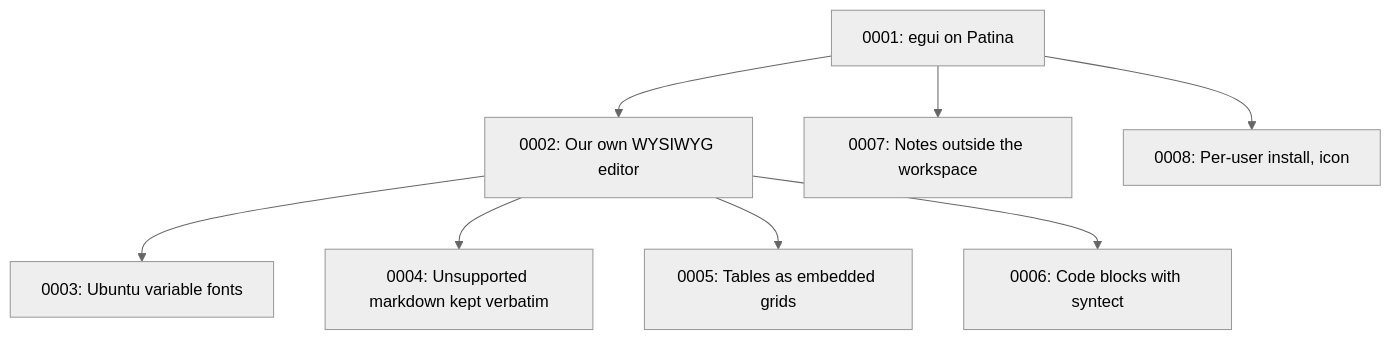
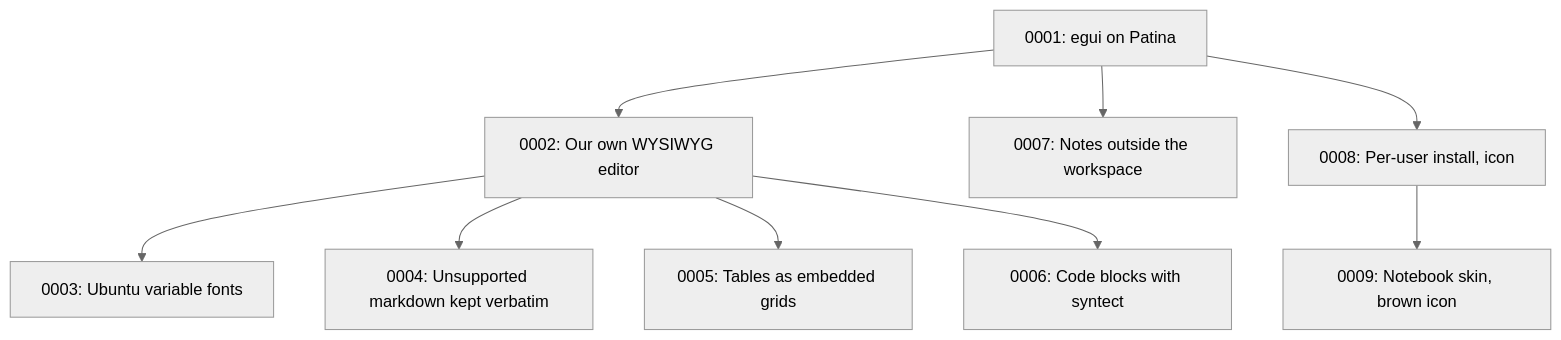
Before and after one commit to Sector-F-Labs/notebook: the diagram in docs/adr/README.md, drawn with Mermaid (neutral theme). The commit also changed other lines of this file and 11 other files, not shown here.

First line of the commit message:
Built-in Notebook skin: brown title bar on cream paper, and a brown icon

````diff
--- a/docs/adr/README.md
+++ b/docs/adr/README.md
@@ -55,10 +56,11 @@
 ```mermaid
 flowchart TD
     A[0001: egui on Patina] --> B[0002: Our own WYSIWYG editor]
     B --> C[0003: Ubuntu variable fonts]
     B --> D[0004: Unsupported markdown kept verbatim]
     B --> E[0005: Tables as embedded grids]
     B --> F[0006: Code blocks with syntect]
     A --> G[0007: Notes outside the workspace]
     A --> H[0008: Per-user install, icon]
+    H --> I[0009: Notebook skin, brown icon]
 ```
````
